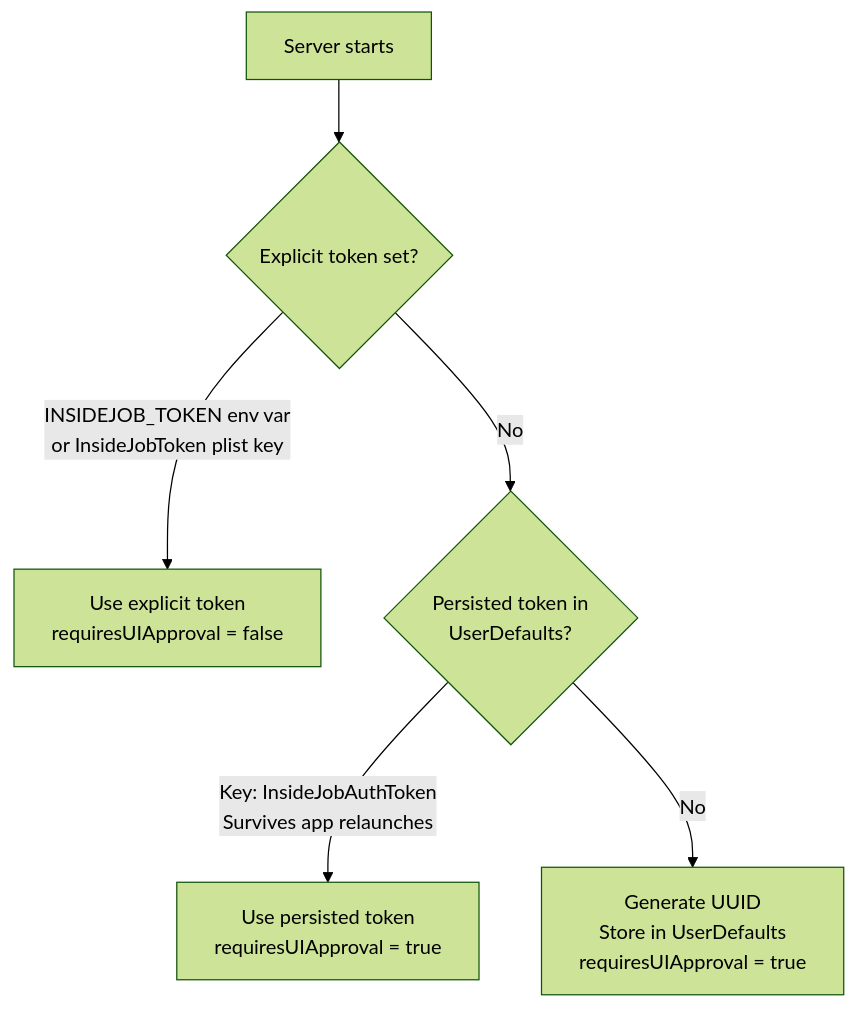
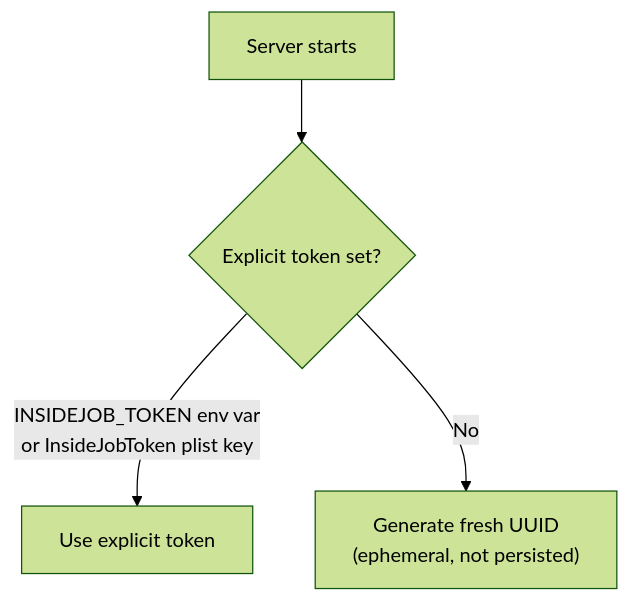
Before and after one commit to RoyalPineapple/TheButtonHeist: the first of 5 diagrams in docs/AUTH.md, drawn with Mermaid (forest theme). The commit also changed other lines of this file and 15 other files, not shown here.

````diff
--- a/docs/AUTH.md
+++ b/docs/AUTH.md
@@ -18,8 +18,6 @@
 ```mermaid
 flowchart TD
     Start["Server starts"] --> Check1{"Explicit token set?"}
-    Check1 -->|"INSIDEJOB_TOKEN env var<br/>or InsideJobToken plist key"| Explicit["Use explicit token<br/>requiresUIApproval = false"]
-    Check1 -->|No| Check2{"Persisted token in<br/>UserDefaults?"}
-    Check2 -->|"Key: InsideJobAuthToken<br/>Survives app relaunches"| Persisted["Use persisted token<br/>requiresUIApproval = true"]
-    Check2 -->|No| Generate["Generate UUID<br/>Store in UserDefaults<br/>requiresUIApproval = true"]
+    Check1 -->|"INSIDEJOB_TOKEN env var<br/>or InsideJobToken plist key"| Explicit["Use explicit token"]
+    Check1 -->|No| Generate["Generate fresh UUID<br/>(ephemeral, not persisted)"]
 ```
````
